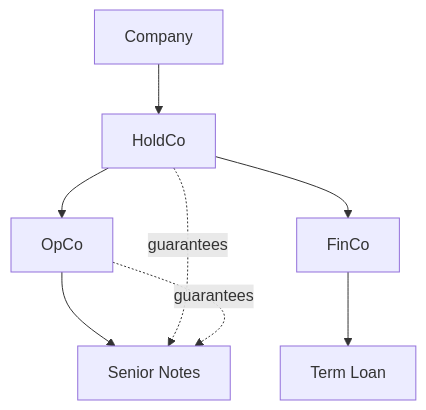
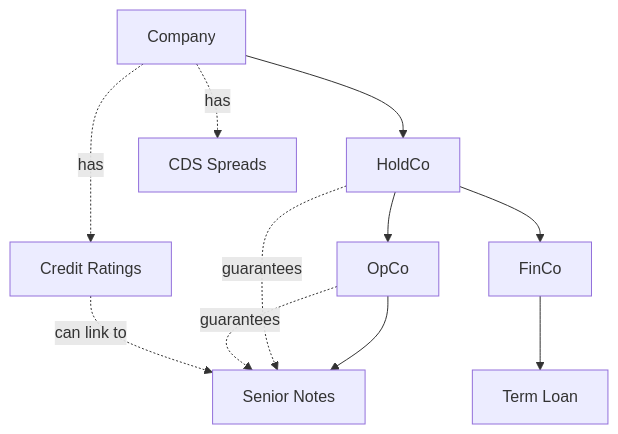
The diagram in docs/concepts/data-model.mdx (debtstack-ai/debtstack-website), drawn with Mermaid before and after one commit. The commit also changed other lines of this file and 1 other file, not shown here.

Commit message:
Update docs: add ratings/CDS to data model, update coverage to 314 companies

````diff
--- a/docs/concepts/data-model.mdx
+++ b/docs/concepts/data-model.mdx
@@ -158,10 +227,13 @@
 ```mermaid
 graph TD
     Company[Company] --> Entity1[HoldCo]
+    Company -.->|has| Ratings[Credit Ratings]
+    Company -.->|has| CDS[CDS Spreads]
     Entity1 --> Entity2[OpCo]
     Entity1 --> Entity3[FinCo]
     Entity2 --> Debt1[Senior Notes]
     Entity3 --> Debt2[Term Loan]
     Entity1 -.->|guarantees| Debt1
     Entity2 -.->|guarantees| Debt1
+    Ratings -.->|can link to| Debt1
 ```
````
